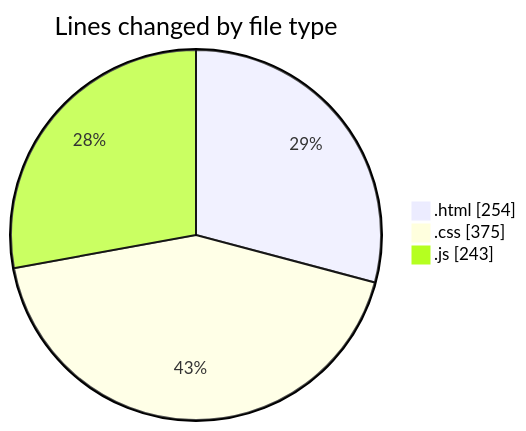
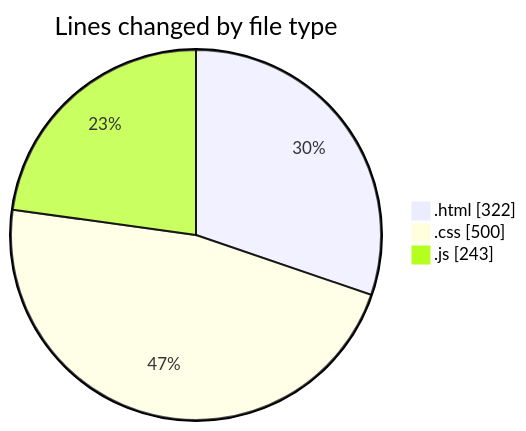
Before and after one commit to IJAZ3593/code-tracking: the first of 2 diagrams in 2025-09-01/project_3/README.md, drawn with Mermaid. The commit also changed other lines of this file and 1 other file, not shown here.

````diff
--- a/2025-09-01/project_3/README.md
+++ b/2025-09-01/project_3/README.md
@@ -26,7 +26,7 @@
 ```mermaid
 pie showData
 title Lines changed by file type
-".html" : 254
-".css" : 375
+".html" : 322
+".css" : 500
 ".js" : 243
 ```
````
